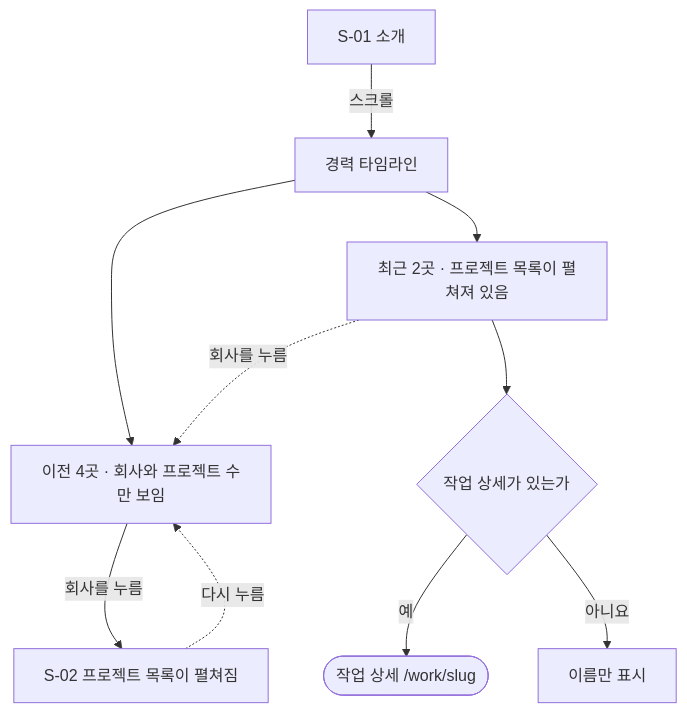
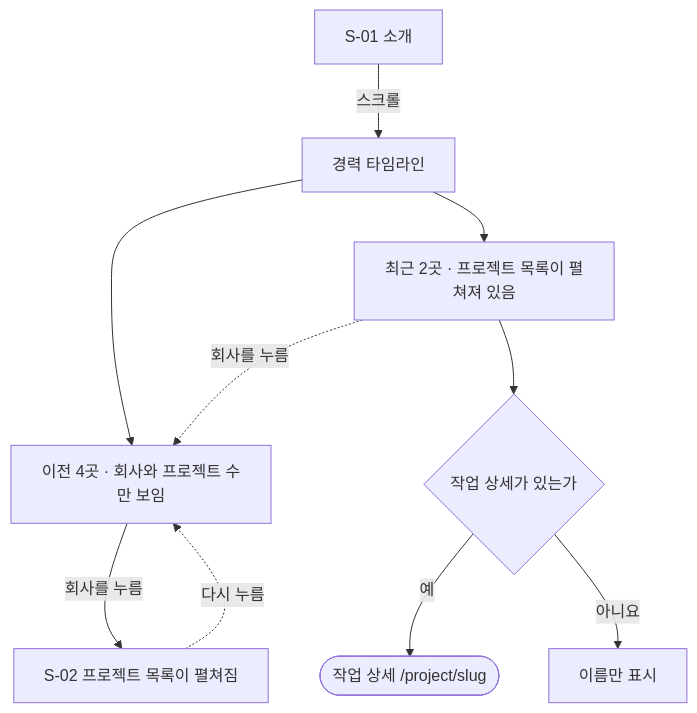
One commit to GUNIZZI/portfolio changed the second of 2 diagrams in docs/plan/about/userflow.md. Above: the diagram before and after it, drawn with Mermaid. The commit also changed other lines of this file and 24 other files, not shown here.

````diff
--- a/docs/plan/about/userflow.md
+++ b/docs/plan/about/userflow.md
@@ -22,12 +22,12 @@
 ```mermaid
 flowchart TD
     A["S-01 소개"]:::screen -->|"스크롤"| TL["경력 타임라인"]:::step
     TL --> R["최근 2곳 · 프로젝트 목록이 펼쳐져 있음"]:::step
     TL --> O["이전 4곳 · 회사와 프로젝트 수만 보임"]:::step
     O -->|"회사를 누름"| OPEN["S-02 프로젝트 목록이 펼쳐짐"]:::screen
     R -.->|"회사를 누름"| O
     OPEN -.->|"다시 누름"| O
     R --> L{"작업 상세가 있는가"}:::decision
-    L -->|"예"| WD(["작업 상세 /work/slug"]):::done
+    L -->|"예"| WD(["작업 상세 /project/slug"]):::done
     L -->|"아니요"| TXT["이름만 표시"]:::step
 ```
````
